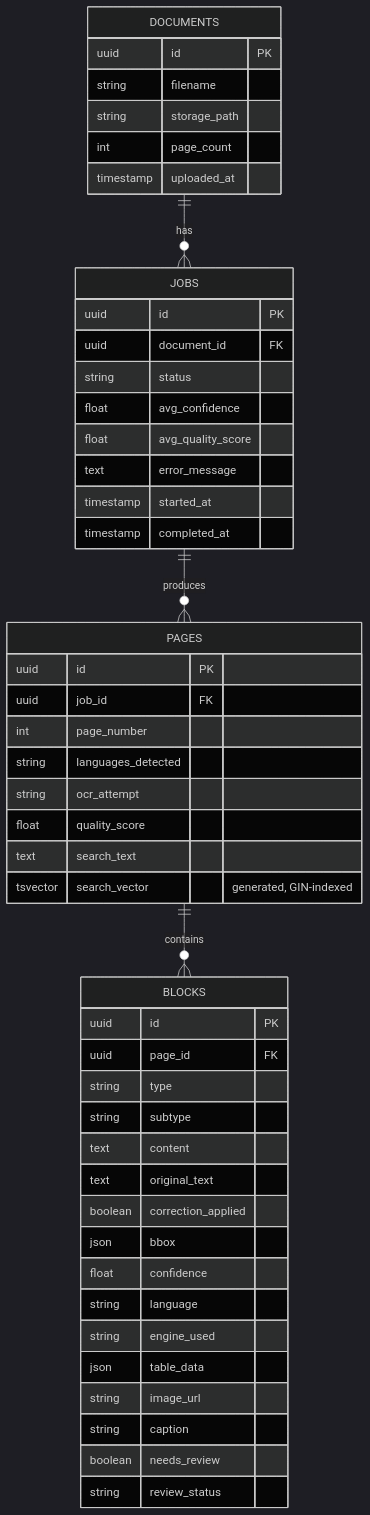
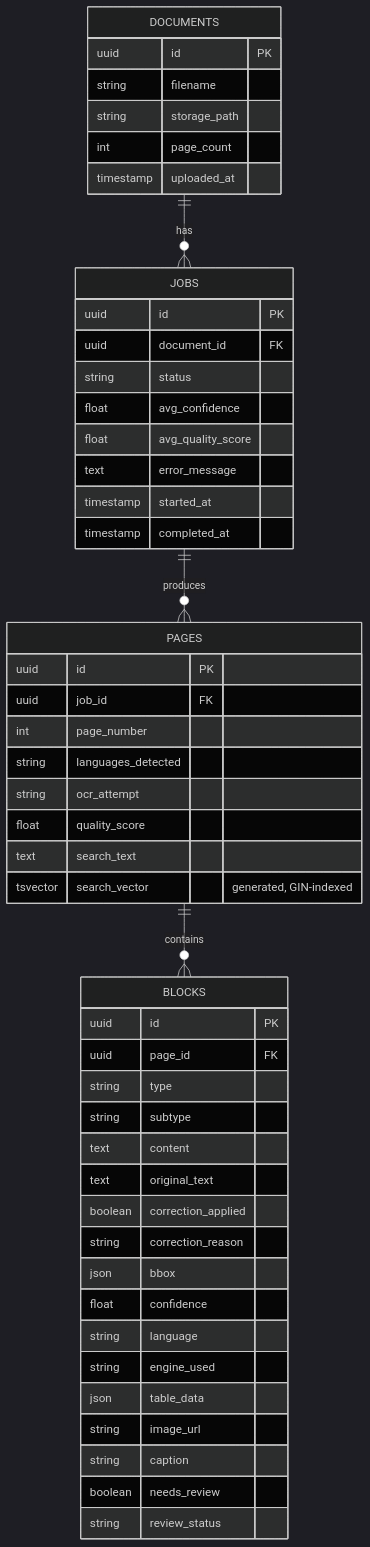
The fourth of 5 diagrams in ARCHITECTURE.md (khiloni/Multilingual-OCR-pipeline-architecture), drawn with Mermaid (dark theme) before and after one commit. The commit also changed other lines of this file and 10 other files, not shown here.

````diff
--- a/ARCHITECTURE.md
+++ b/ARCHITECTURE.md
@@ -328,52 +338,53 @@
 ```mermaid
 erDiagram
     DOCUMENTS ||--o{ JOBS : has
     JOBS ||--o{ PAGES : produces
     PAGES ||--o{ BLOCKS : contains
 
     DOCUMENTS {
         uuid id PK
         string filename
         string storage_path
         int page_count
         timestamp uploaded_at
     }
     JOBS {
         uuid id PK
         uuid document_id FK
         string status
         float avg_confidence
         float avg_quality_score
         text error_message
         timestamp started_at
         timestamp completed_at
     }
     PAGES {
         uuid id PK
         uuid job_id FK
         int page_number
         string languages_detected
         string ocr_attempt
         float quality_score
         text search_text
         tsvector search_vector "generated, GIN-indexed"
     }
     BLOCKS {
         uuid id PK
         uuid page_id FK
         string type
         string subtype
         text content
         text original_text
         boolean correction_applied
+        string correction_reason
         json bbox
         float confidence
         string language
         string engine_used
         json table_data
         string image_url
         string caption
         boolean needs_review
         string review_status
     }
 ```
````
